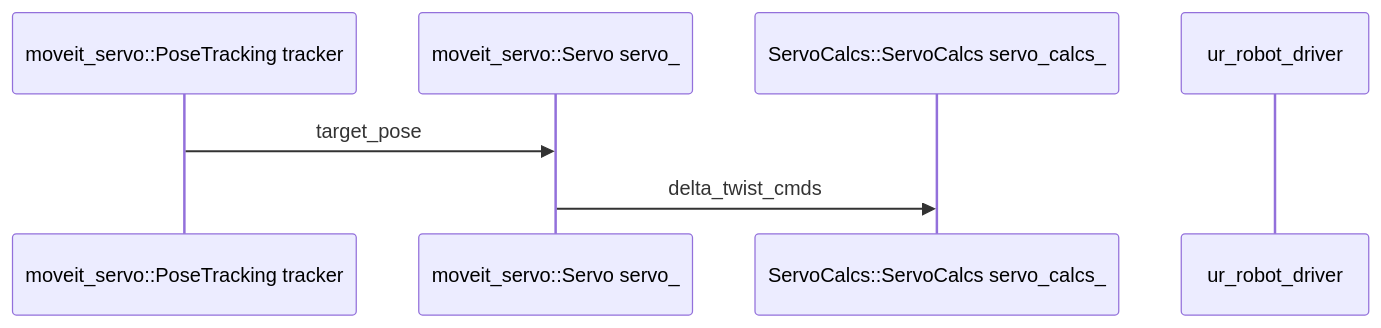
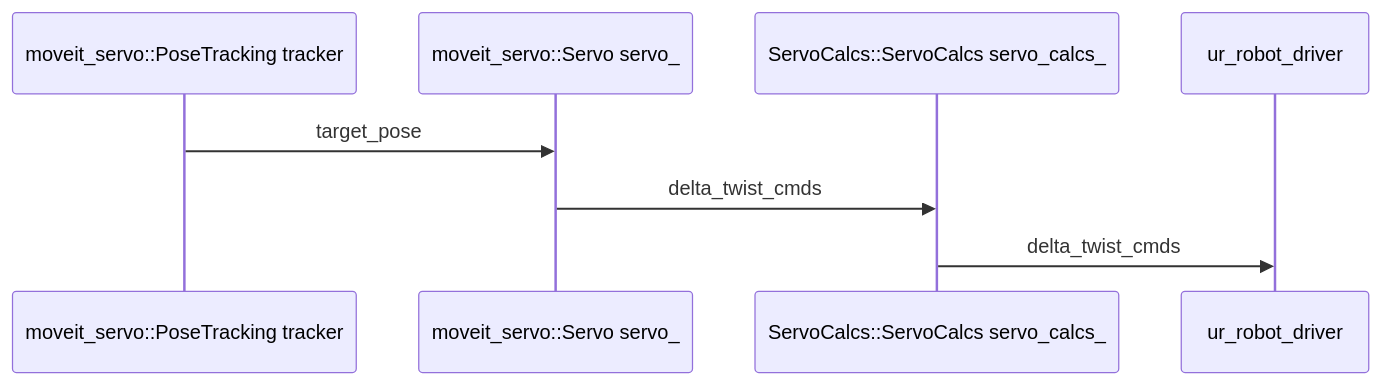
The first of 2 diagrams in docs/day3-4.md (kemjensak/isaac_sim_tutorial), drawn with Mermaid before and after one commit. The commit also changed other lines of this file, not shown here.

````diff
--- a/docs/day3-4.md
+++ b/docs/day3-4.md
@@ -121,9 +121,10 @@
 ```mermaid 
 sequenceDiagram 
 	 participant A as moveit_servo::PoseTracking tracker
 	 participant B as moveit_servo::Servo servo_ 
 	 participant C as ServoCalcs::ServoCalcs servo_calcs_  
 	 participant D as ur_robot_driver 
 	 A->>B: target_pose
 	 B->>C: delta_twist_cmds
+	 C->>D: delta_twist_cmds
 ```
````
